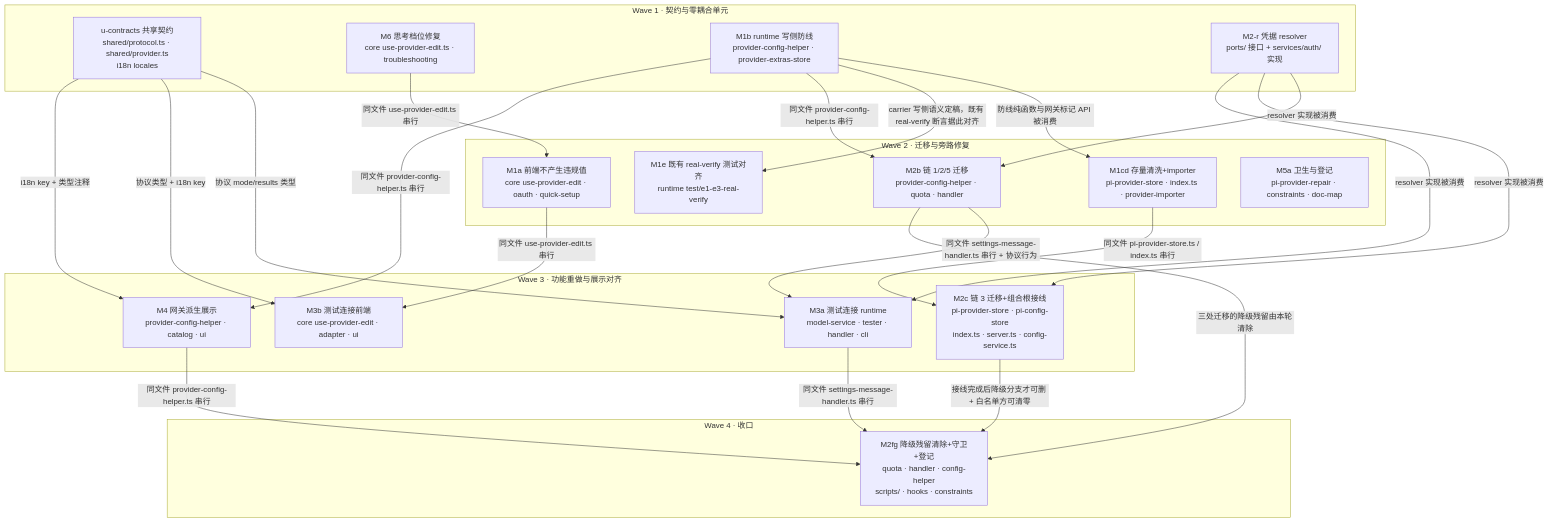
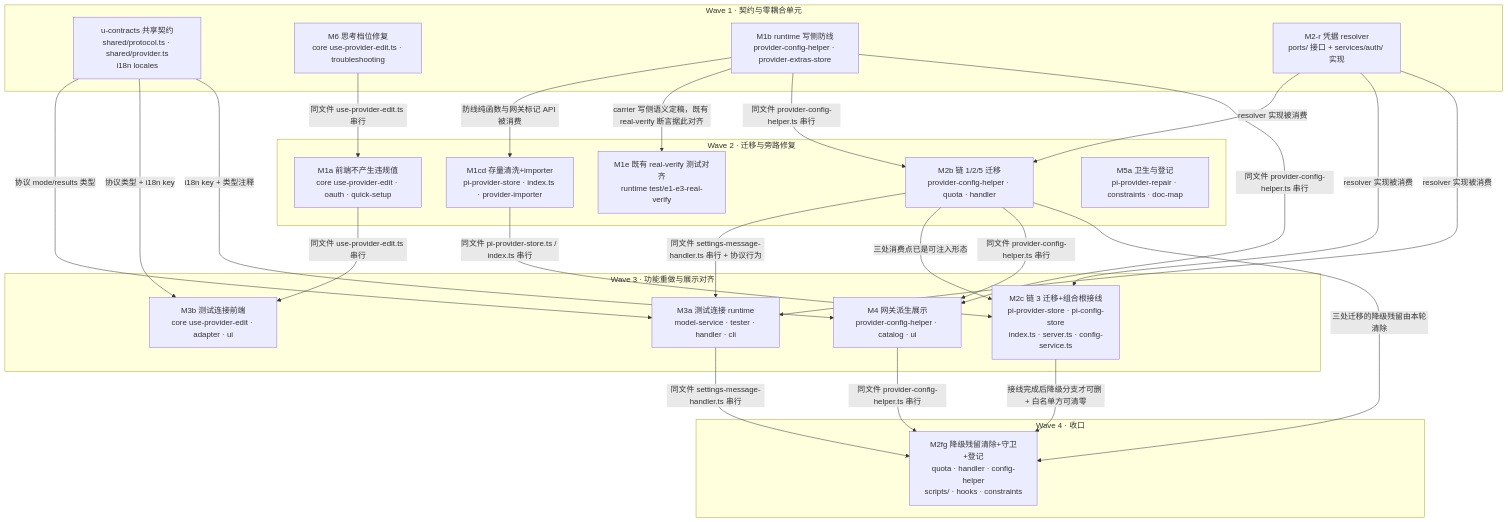
The diagram in docs/design/catalog-provider-field-authority.impl-plan.md (zhushanwen321/xyz-agent), drawn with Mermaid before and after one commit. The commit also changed other lines of this file and 7 other files, not shown here.

````diff
--- a/docs/design/catalog-provider-field-authority.impl-plan.md
+++ b/docs/design/catalog-provider-field-authority.impl-plan.md
@@ -67,43 +67,45 @@
 ```mermaid
 graph TD
   subgraph W1[Wave 1 · 契约与零耦合单元]
     U0["u-contracts 共享契约<br/>shared/protocol.ts · shared/provider.ts<br/>i18n locales"]
     U6["M6 思考档位修复<br/>core use-provider-edit.ts · troubleshooting"]
     U1B["M1b runtime 写侧防线<br/>provider-config-helper · provider-extras-store"]
     U2R["M2-r 凭据 resolver<br/>ports/ 接口 + services/auth/ 实现"]
   end
   subgraph W2[Wave 2 · 迁移与旁路修复]
     U1A["M1a 前端不产生违规值<br/>core use-provider-edit · oauth · quick-setup"]
     U1CD["M1cd 存量清洗+importer<br/>pi-provider-store · index.ts · provider-importer"]
     U1E["M1e 既有 real-verify 测试对齐<br/>runtime test/e1-e3-real-verify"]
     U2B["M2b 链 1/2/5 迁移<br/>provider-config-helper · quota · handler"]
     U5A["M5a 卫生与登记<br/>pi-provider-repair · constraints · doc-map"]
   end
   subgraph W3[Wave 3 · 功能重做与展示对齐]
     U2C["M2c 链 3 迁移+组合根接线<br/>pi-provider-store · pi-config-store<br/>index.ts · server.ts · config-service.ts"]
     U3A["M3a 测试连接 runtime<br/>model-service · tester · handler · cli"]
     U3B["M3b 测试连接前端<br/>core use-provider-edit · adapter · ui"]
     U4["M4 网关派生展示<br/>provider-config-helper · catalog · ui"]
   end
   subgraph W4[Wave 4 · 收口]
     U2FG["M2fg 降级残留清除+守卫+登记<br/>quota · handler · config-helper<br/>scripts/ · hooks · constraints"]
   end
   U0 -->|"协议 mode/results 类型"| U3A
   U0 -->|"协议类型 + i18n key"| U3B
   U0 -->|"i18n key + 类型注释"| U4
   U6 -->|"同文件 use-provider-edit.ts 串行"| U1A
   U1B -->|"防线纯函数与网关标记 API 被消费"| U1CD
   U1B -->|"carrier 写侧语义定稿，既有 real-verify 断言据此对齐"| U1E
   U1B -->|"同文件 provider-config-helper.ts 串行"| U2B
   U1B -->|"同文件 provider-config-helper.ts 串行"| U4
   U1CD -->|"同文件 pi-provider-store.ts / index.ts 串行"| U2C
   U2R -->|"resolver 实现被消费"| U2B
   U2R -->|"resolver 实现被消费"| U2C
   U2R -->|"resolver 实现被消费"| U3A
   U2B -->|"同文件 settings-message-handler.ts 串行 + 协议行为"| U3A
+  U2B -->|"三处消费点已是可注入形态"| U2C
+  U2B -->|"同文件 provider-config-helper.ts 串行"| U4
   U1A -->|"同文件 use-provider-edit.ts 串行"| U3B
   U2C -->|"接线完成后降级分支才可删 + 白名单方可清零"| U2FG
   U2B -->|"三处迁移的降级残留由本轮清除"| U2FG
   U3A -->|"同文件 settings-message-handler.ts 串行"| U2FG
   U4 -->|"同文件 provider-config-helper.ts 串行"| U2FG
 ```
````
